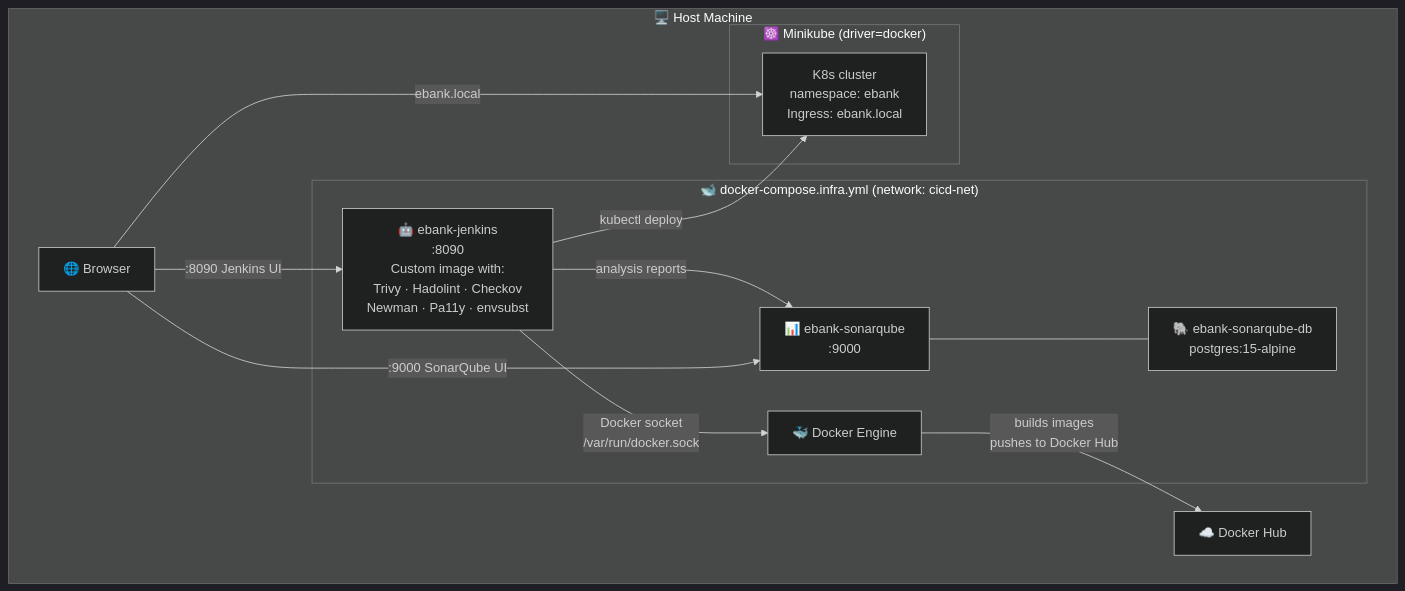
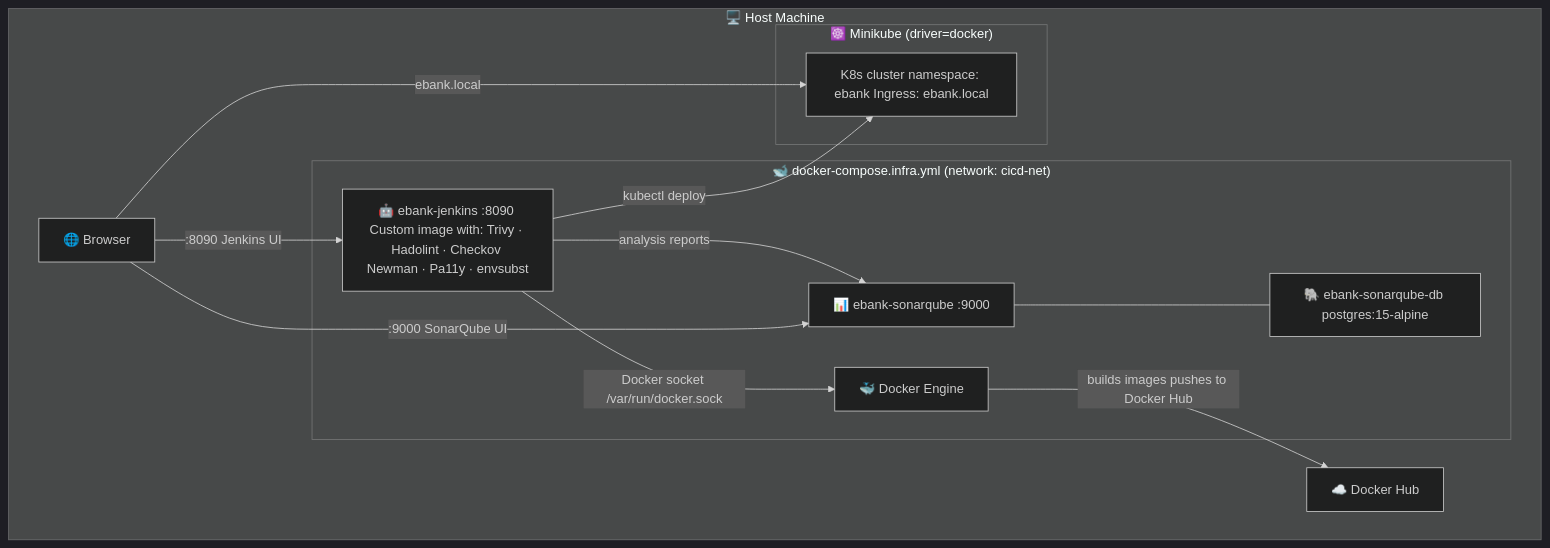
Diagram 32 of 34 in ebank-monolith/doc/KNOWLEDGE_BASE.md (Samlogy/ebank-app), drawn with Mermaid (dark theme) before and after one commit. The commit also changed other lines of this file and 3 other files, not shown here.

````diff
--- a/ebank-monolith/doc/KNOWLEDGE_BASE.md
+++ b/ebank-monolith/doc/KNOWLEDGE_BASE.md
@@ -971,25 +971,25 @@
 ```mermaid
 graph TD
     subgraph HOST["🖥️ Host Machine"]
         BROWSER["🌐 Browser"]
 
         subgraph DOCKER_INFRA["🐋 docker-compose.infra.yml (network: cicd-net)"]
-            JENKINS["🤖 ebank-jenkins\n:8090\nCustom image with:\nTrivy · Hadolint · Checkov\nNewman · Pa11y · envsubst"]
-            SONAR["📊 ebank-sonarqube\n:9000"]
-            SONARDB["🐘 ebank-sonarqube-db\npostgres:15-alpine"]
+            JENKINS["🤖 ebank-jenkins :8090 Custom image with: Trivy · Hadolint · Checkov Newman · Pa11y · envsubst"]
+            SONAR["📊 ebank-sonarqube :9000"]
+            SONARDB["🐘 ebank-sonarqube-db postgres:15-alpine"]
             JENKINS -->|"analysis reports"| SONAR
             SONAR --- SONARDB
-            JENKINS -->|"Docker socket\n/var/run/docker.sock"| DSOCK["🐳 Docker Engine"]
+            JENKINS -->|"Docker socket /var/run/docker.sock"| DSOCK["🐳 Docker Engine"]
         end
 
         subgraph MINIKUBE["☸️ Minikube (driver=docker)"]
-            K8S["K8s cluster\nnamespace: ebank\nIngress: ebank.local"]
+            K8S["K8s cluster namespace: ebank Ingress: ebank.local"]
         end
 
         BROWSER -->|":8090 Jenkins UI"| JENKINS
         BROWSER -->|":9000 SonarQube UI"| SONAR
         BROWSER -->|"ebank.local"| K8S
         JENKINS -->|"kubectl deploy"| K8S
-        DSOCK -->|"builds images\npushes to Docker Hub"| DHB["☁️ Docker Hub"]
+        DSOCK -->|"builds images pushes to Docker Hub"| DHB["☁️ Docker Hub"]
     end
 ```
````
